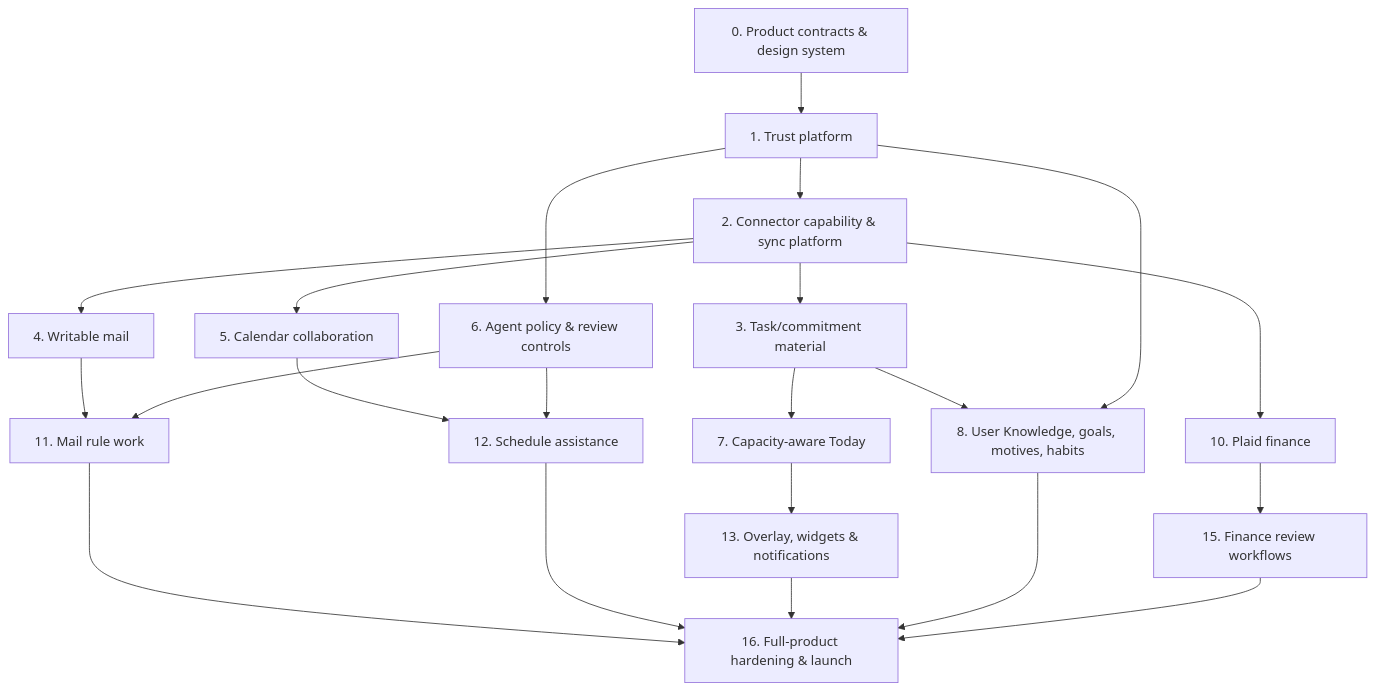
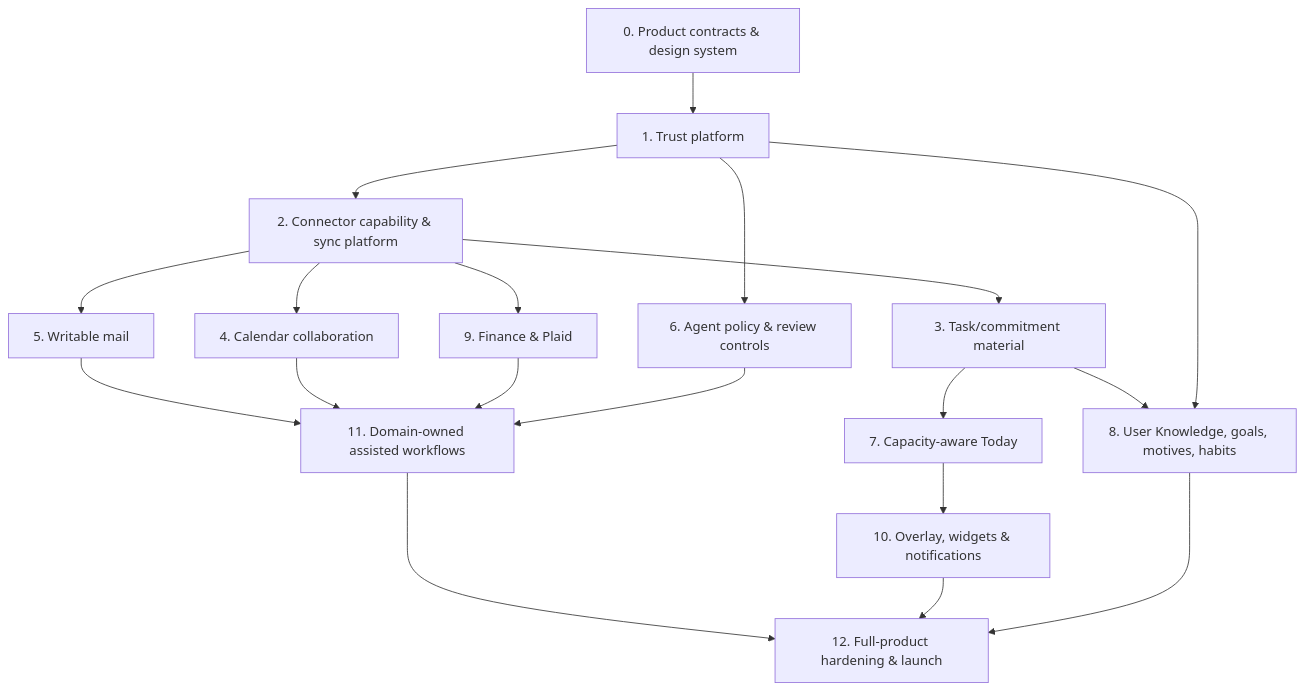
Before and after one commit to coopersully/personal-os: the diagram in docs/product/master-plan.md, drawn with Mermaid. The commit also changed 6 other files, not shown here.

````diff
--- a/docs/product/master-plan.md
+++ b/docs/product/master-plan.md
@@ -35,24 +35,21 @@
 ```mermaid
 flowchart TD
   A[0. Product contracts & design system] --> B[1. Trust platform]
   B --> C[2. Connector capability & sync platform]
   C --> D[3. Task/commitment material]
-  C --> E[4. Writable mail]
-  C --> F[5. Calendar collaboration]
+  C --> E[5. Writable mail]
+  C --> F[4. Calendar collaboration]
   B --> G[6. Agent policy & review controls]
   D --> H[7. Capacity-aware Today]
   D --> I[8. User Knowledge, goals, motives, habits]
   B --> I
-  C --> K[10. Plaid finance]
-  E --> L[11. Mail rule work]
-  F --> M[12. Schedule assistance]
+  C --> K[9. Finance & Plaid]
+  E --> L[11. Domain-owned assisted workflows]
+  F --> L
+  K --> L
   G --> L
-  G --> M
-  H --> N[13. Overlay, widgets & notifications]
-  K --> P[15. Finance review workflows]
-  L --> Q[16. Full-product hardening & launch]
-  M --> Q
+  H --> N[10. Overlay, widgets & notifications]
+  L --> Q[12. Full-product hardening & launch]
   N --> Q
   I --> Q
-  P --> Q
 ```
````
